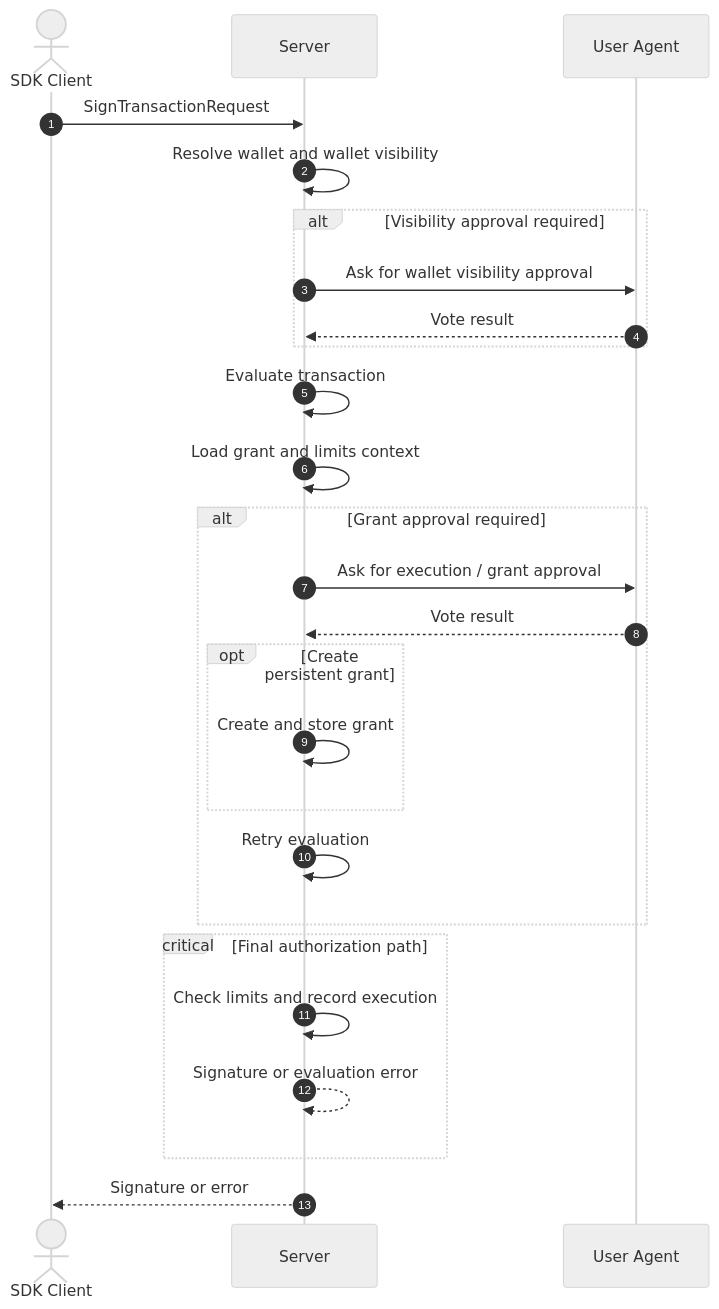
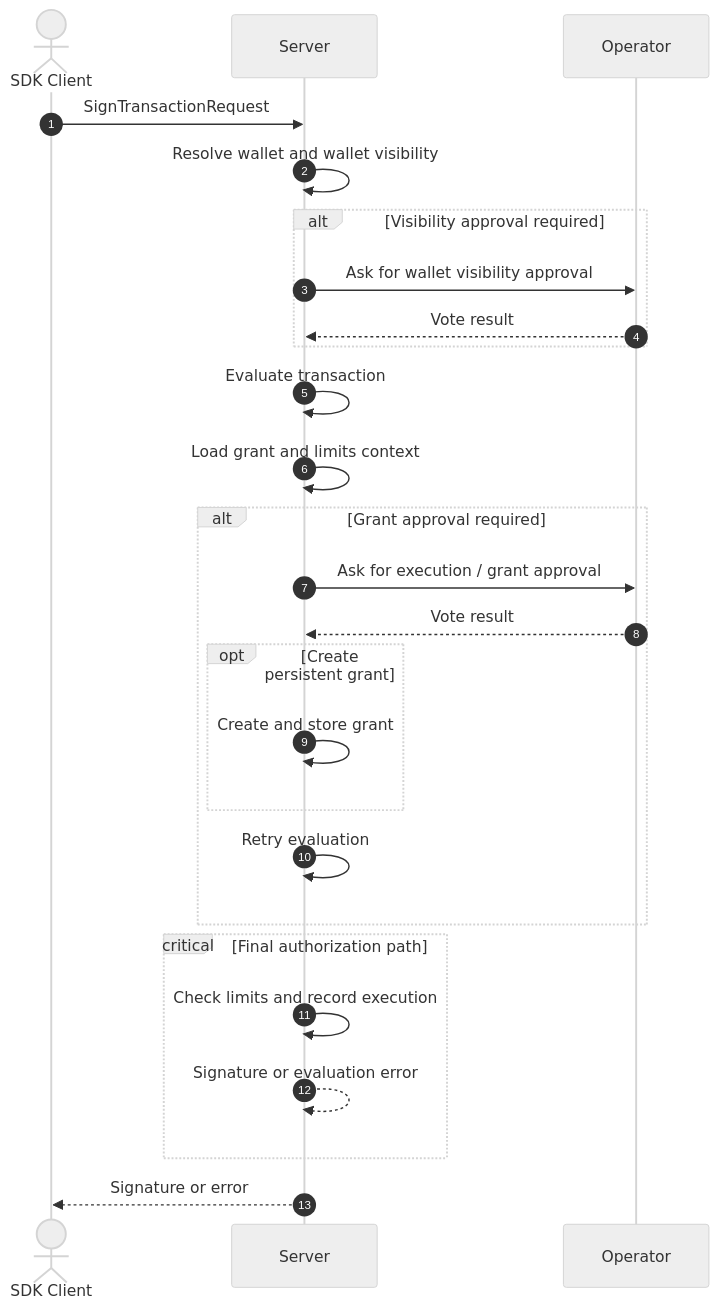
The second of 2 diagrams in docs/ARCHITECTURE.md (MarketTakers/arbiter), drawn with Mermaid (neutral theme) before and after one commit. The commit also changed other lines of this file and 78 other files, not shown here.

````diff
--- a/docs/ARCHITECTURE.md
+++ b/docs/ARCHITECTURE.md
@@ -275,29 +275,29 @@
 ```mermaid
 sequenceDiagram
     autonumber
     actor SDK as SDK Client
     participant Server
-    participant UA as User Agent
+    participant operator as Operator
 
     SDK->>Server: SignTransactionRequest
     Server->>Server: Resolve wallet and wallet visibility
     alt Visibility approval required
-        Server->>UA: Ask for wallet visibility approval
-        UA-->>Server: Vote result
+        Server->>operator: Ask for wallet visibility approval
+        operator-->>Server: Vote result
     end
     Server->>Server: Evaluate transaction
     Server->>Server: Load grant and limits context
     alt Grant approval required
-        Server->>UA: Ask for execution / grant approval
-        UA-->>Server: Vote result
+        Server->>operator: Ask for execution / grant approval
+        operator-->>Server: Vote result
         opt Create persistent grant
             Server->>Server: Create and store grant
         end
         Server->>Server: Retry evaluation
     end
     critical Final authorization path
         Server->>Server: Check limits and record execution
         Server-->>Server: Signature or evaluation error
     end
     Server-->>SDK: Signature or error
 ```
````
